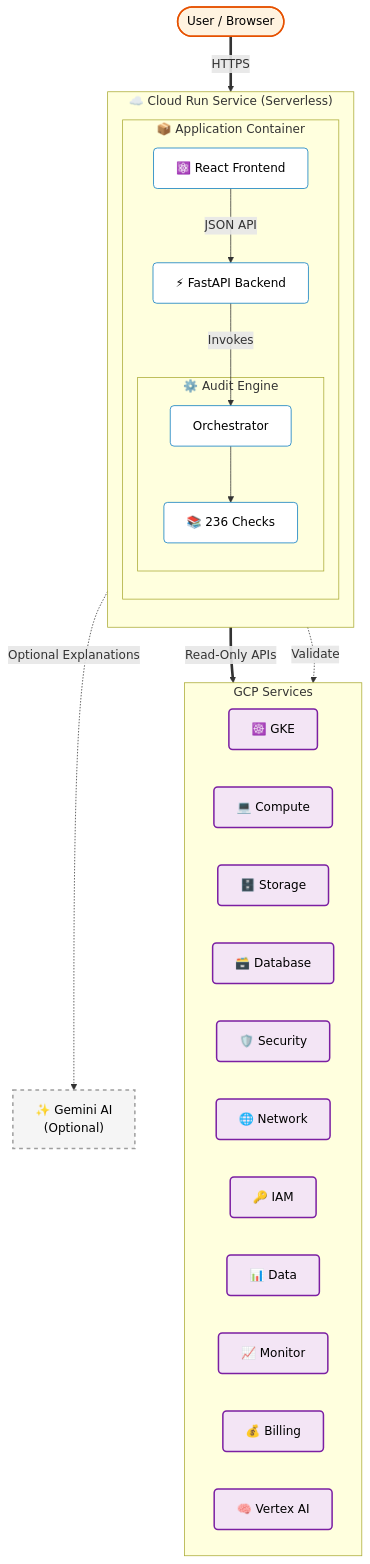
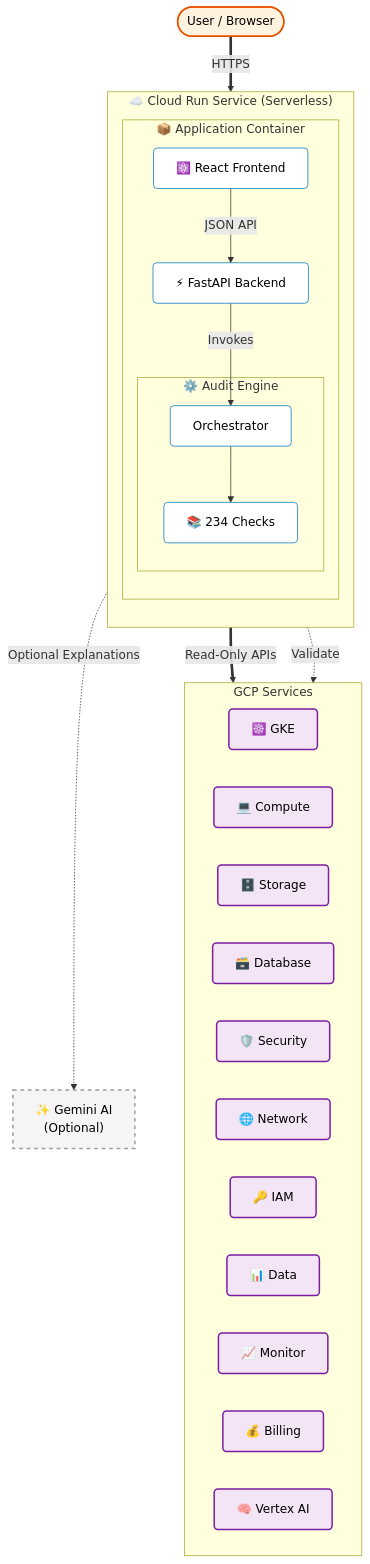
One commit to mrghanekar/im-demoreviewer changed the diagram in README.md. Above: the diagram before and after it, drawn with Mermaid. The commit also changed other lines of this file and 46 other files, not shown here.

````diff
--- a/README.md
+++ b/README.md
@@ -544,62 +552,62 @@
 ```mermaid
 flowchart TD
     %% Users
     User([User / Browser])
     
     %% Main Cloud Run Service
     subgraph Cloud_Run ["☁️ Cloud Run Service (Serverless)"]
         direction TB
         
         subgraph Container ["📦 Application Container"]
             Frontend["⚛️ React Frontend"]
             Backend["⚡ FastAPI Backend"]
             
             subgraph Engine ["⚙️ Audit Engine"]
                 Scanner["Orchestrator"]
-                Checks["📚 236 Checks"]
+                Checks["📚 234 Checks"]
             end
         end
     end
 
     %% External Services
     Gemini["✨ Gemini AI<br/>(Optional)"]
     
     %% Targets
     subgraph GCP ["GCP Services"]
         direction LR
         GKE["☸️ GKE"]
         Compute["💻 Compute"]
         Storage["🗄️ Storage"]
         DB["🗃️ Database"]
         Security["🛡️ Security"]
         Network["🌐 Network"]
         IAM["🔑 IAM"]
         Data["📊 Data"]
         Monitor["📈 Monitor"]
         Billing["💰 Billing"]
         Vertex["🧠 Vertex AI"]
     end
 
     %% Connections
     User ==>|HTTPS| Frontend
     Frontend -->|JSON API| Backend
     Backend -->|Invokes| Scanner
     
     Scanner --> Checks
     Scanner -.->|Optional Explanations| Gemini
     
     Scanner ==>|Read-Only APIs| GCP
     Checks -.->|Validate| GCP
     
     %% Styling
     classDef user fill:#fff3e0,stroke:#e65100,stroke-width:2px,color:#000;
     classDef container fill:#e1f5fe,stroke:#0277bd,stroke-width:2px,rx:10,color:#000;
     classDef component fill:#ffffff,stroke:#0277bd,stroke-width:1px,rx:5,color:#000;
     classDef external fill:#f3e5f5,stroke:#7b1fa2,stroke-width:2px,rx:5,color:#000;
     classDef optional fill:#f5f5f5,stroke:#9e9e9e,stroke-width:2px,stroke-dasharray: 5 5,color:#000;
     
     class User user;
     class Frontend,Backend,Scanner,Checks component;
     class Gemini optional;
     class GKE,Compute,Storage,DB,Security,Network,IAM,Data,Monitor,Billing,Vertex external;
 ```
````
